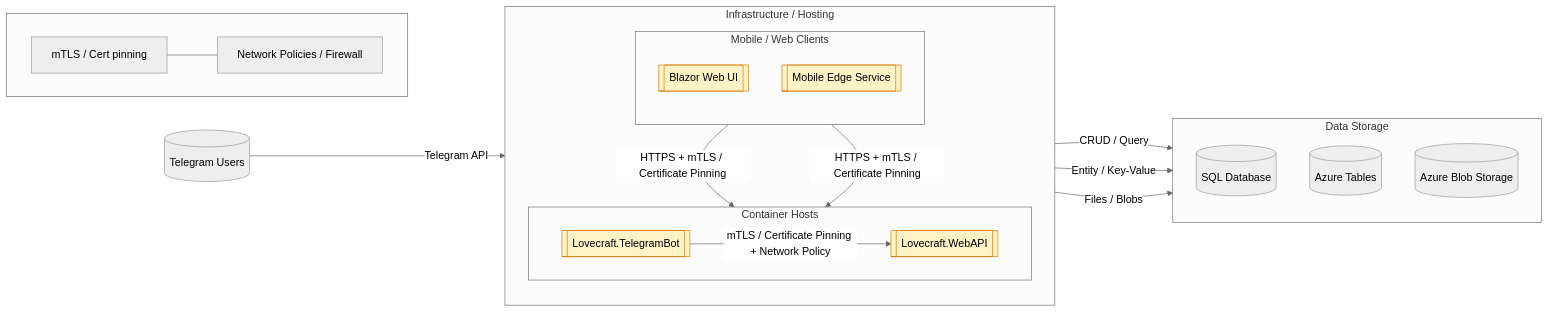
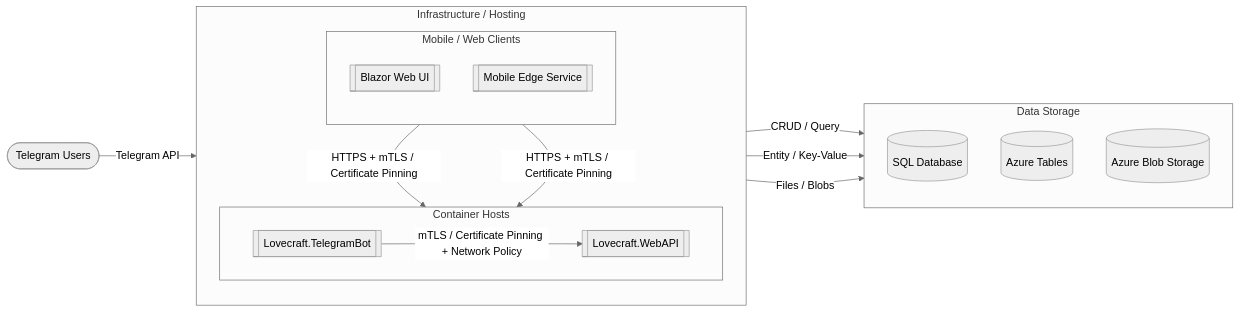
Before and after one commit to amorofrost/lovecraft: the diagram in Lovecraft/docs/architecture.md, drawn with Mermaid (neutral theme).

````diff
--- a/Lovecraft/docs/architecture.md
+++ b/Lovecraft/docs/architecture.md
@@ -5,52 +5,42 @@
 ```mermaid
 flowchart LR
   %% Services
   subgraph Infra[Infrastructure / Hosting]
     direction TB
     subgraph AKS[Container Hosts]
       direction LR
       WebAPI[[Lovecraft.WebAPI]]
       TelegramBot[[Lovecraft.TelegramBot]]
     end
     subgraph Mobile[Mobile / Web Clients]
       direction TB
       BlazorClient[[Blazor Web UI]]
       MobileEdge[[Mobile Edge Service]]
     end
   end
 
   %% Data storages
   subgraph Storage[Data Storage]
     direction TB
     SQL[(SQL Database)]
     Tables[(Azure Tables)]
     Blobs[(Azure Blob Storage)]
   end
 
   %% External
-  TelegramClient[(Telegram Users)]
+  TelegramClient([Telegram Users])
 
   %% Flows
   TelegramClient -->|Telegram API| TelegramBot
   TelegramBot -->|mTLS / Certificate Pinning + Network Policy| WebAPI
   BlazorClient -->|HTTPS + mTLS / Certificate Pinning| WebAPI
   MobileEdge -->|HTTPS + mTLS / Certificate Pinning| WebAPI
 
   WebAPI -->|CRUD / Query| SQL
   WebAPI -->|Entity / Key-Value| Tables
   WebAPI -->|Files / Blobs| Blobs
 
-  %% Notes
-  classDef secure fill:#fef3c7,stroke:#d97706
-  class WebAPI,TelegramBot,BlazorClient,MobileEdge secure
-
   %% Trust boundary
   class Infra,Storage,TelegramClient internal
 
-  %% Legend
-  subgraph Legend[ ]
-    direction LR
-    A["mTLS / Cert pinning"] --- B["Network Policies / Firewall"]
-  end
-
 ```
````
